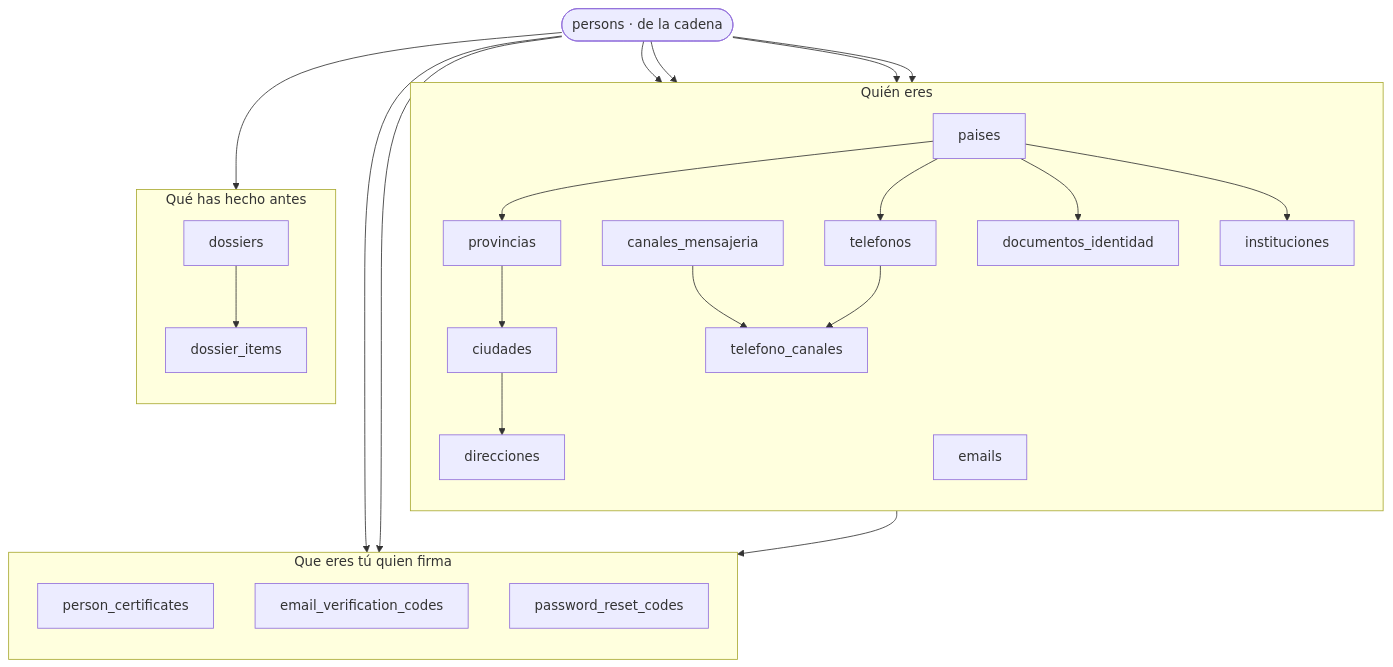
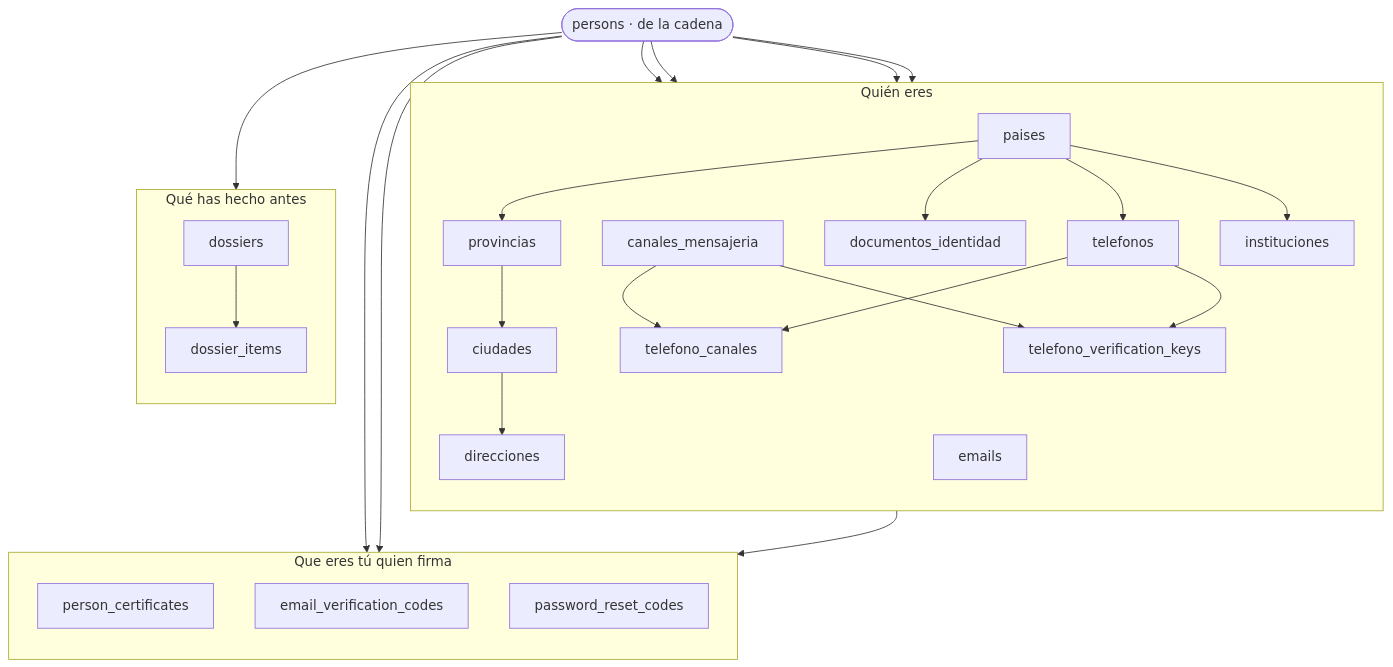
One commit to fresvel/deasy changed the first of 3 diagrams in docs/src/content/docs/complemento/mapa-completo.md. Above: the diagram before and after it, drawn with Mermaid. The commit also changed other lines of this file and 37 other files, not shown here.

````diff
--- a/docs/src/content/docs/complemento/mapa-completo.md
+++ b/docs/src/content/docs/complemento/mapa-completo.md
@@ -28,35 +28,37 @@
 ```mermaid
 flowchart TB
   P(["persons · de la cadena"])
   subgraph QUIEN["Quién eres"]
     direction TB
     PA["paises"] --> PV["provincias"]
     PV --> CI["ciudades"]
     DI["documentos_identidad"]
     CI --> DIR["direcciones"]
     CM["canales_mensajeria"] --> TC["telefono_canales"]
     TE["telefonos"] --> TC
+    TE --> TVK["telefono_verification_keys"]
+    CM --> TVK
     EM["emails"]
     PA --> DI
     PA --> TE
     PA --> IN["instituciones"]
   end
   subgraph CRED["Que eres tú quien firma"]
     direction TB
     PC["person_certificates"]
     EVC["email_verification_codes"]
     PRC["password_reset_codes"]
   end
   subgraph EXP["Qué has hecho antes"]
     direction TB
     DO["dossiers"] --> DIT["dossier_items"]
   end
   P --> DI
   P --> EM
   P --> TE
   P --> DIR
   P --> PC
   P --> PRC
   P --> DO
   EM --> EVC
 ```
````
